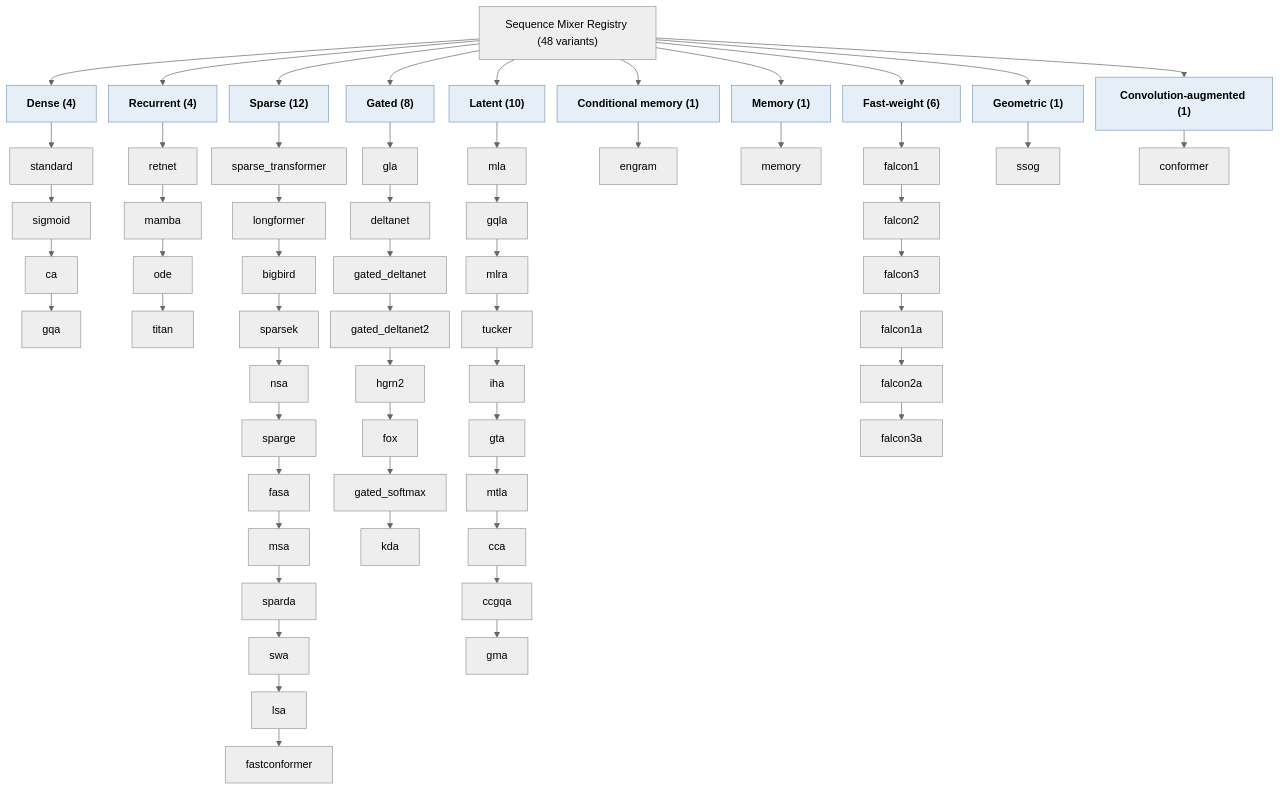
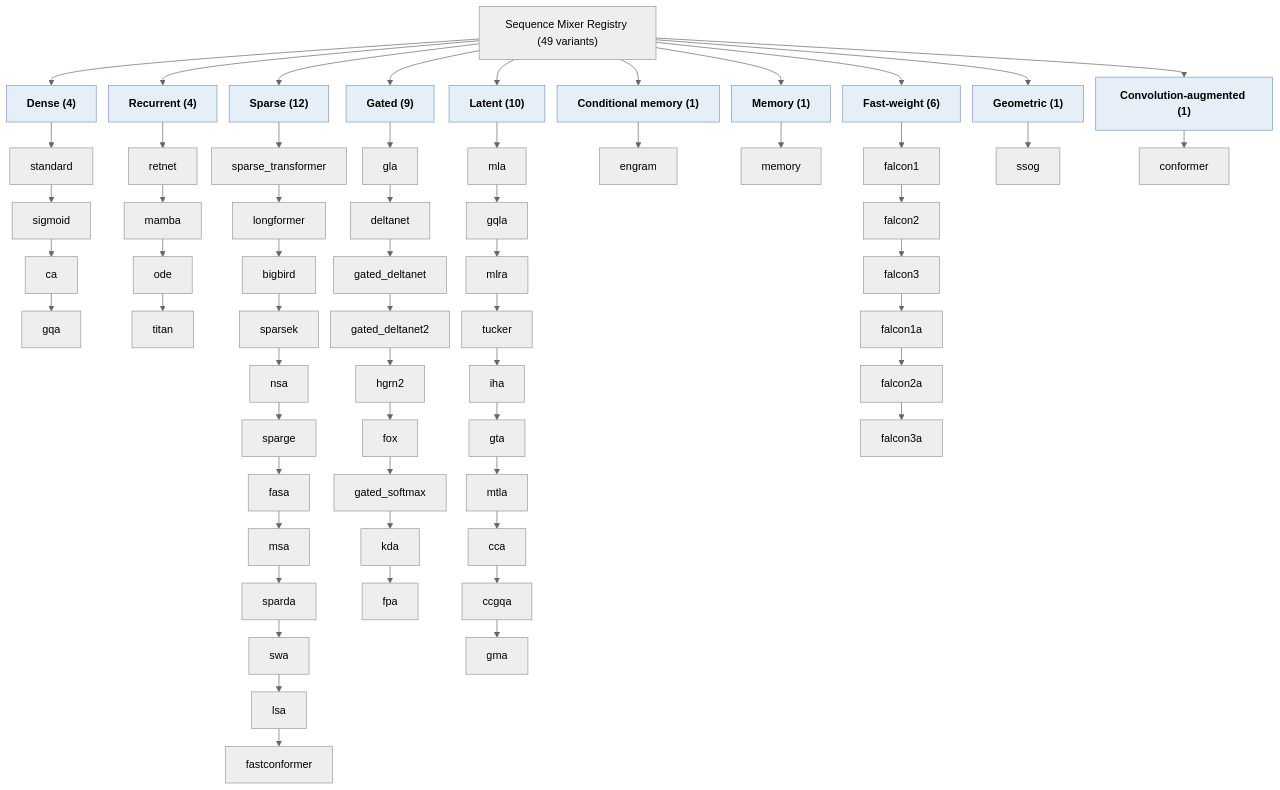
Before and after one commit to erickfmm/frankenstein-transformer: the diagram in docs/paper/figures/mixer-taxonomy.mmd, drawn with Mermaid. The commit also changed 60 other files, not shown here.

```diff
--- a/docs/paper/figures/mixer-taxonomy.mmd
+++ b/docs/paper/figures/mixer-taxonomy.mmd
@@ -1,37 +1,37 @@
 %%{init: {"theme":"neutral","flowchart":{"curve":"basis","nodeSpacing":18,"rankSpacing":26}}}%%
 flowchart TD
-  root["Sequence Mixer Registry (48 variants)"]
+  root["Sequence Mixer Registry (49 variants)"]
 
   d["Dense (4)"] --> d1["standard"] --> d2["sigmoid"] --> d2b["ca"] --> d3["gqa"]
 
   r["Recurrent (4)"] --> r1["retnet"] --> r2["mamba"] --> r3["ode"] --> r4["titan"]
 
   s["Sparse (12)"] --> s1["sparse_transformer"] --> s2["longformer"] --> s3["bigbird"] --> s4["sparsek"] --> s5["nsa"] --> s6["sparge"] --> s7["fasa"] --> s8["msa"] --> s9["sparda"] --> s10["swa"] --> s11["lsa"] --> s12["fastconformer"]
 
-  g["Gated (8)"] --> g1["gla"] --> g2["deltanet"] --> g3["gated_deltanet"] --> g4["gated_deltanet2"] --> g5["hgrn2"] --> g6["fox"] --> g7["gated_softmax"] --> g8["kda"]
+  g["Gated (9)"] --> g1["gla"] --> g2["deltanet"] --> g3["gated_deltanet"] --> g4["gated_deltanet2"] --> g5["hgrn2"] --> g6["fox"] --> g7["gated_softmax"] --> g8["kda"] --> g9["fpa"]
 
   l["Latent (10)"] --> l1["mla"] --> l2["gqla"] --> l3["mlra"] --> l4["tucker"] --> l5["iha"] --> l6["gta"] --> l7["mtla"] --> l8["cca"] --> l9["ccgqa"] --> l10["gma"]
 
   m["Conditional memory (1)"] --> m1["engram"]
 
   mm["Memory (1)"] --> mm1["memory"]
 
   f["Fast-weight (6)"] --> f1["falcon1"] --> f2["falcon2"] --> f3["falcon3"] --> f4["falcon1a"] --> f5["falcon2a"] --> f6["falcon3a"]
 
   x["Geometric (1)"] --> x1["ssog"]
 
   c["Convolution-augmented (1)"] --> c1["conformer"]
 
   root --> d
   root --> r
   root --> s
   root --> g
   root --> l
   root --> m
   root --> mm
   root --> f
   root --> x
   root --> c
 
   classDef category fill:#e6eef7,stroke:#7f9bbf,font-weight:bold
   class d,r,s,g,l,m,mm,f,x,c category
```
